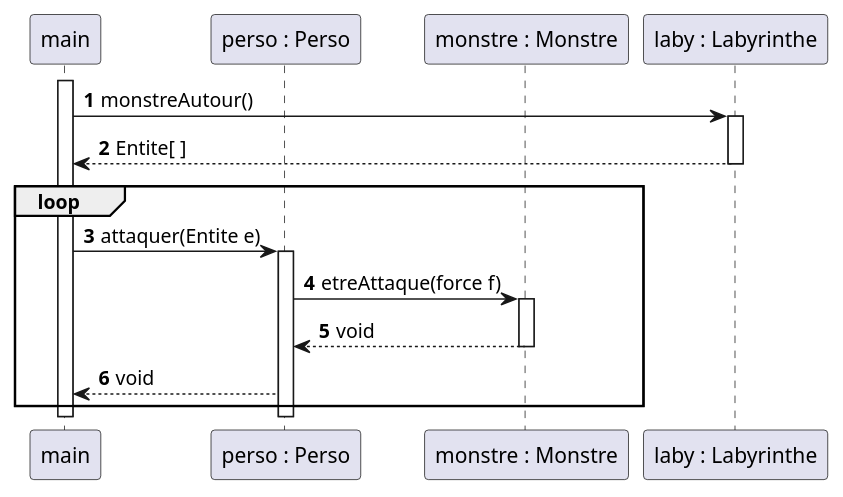
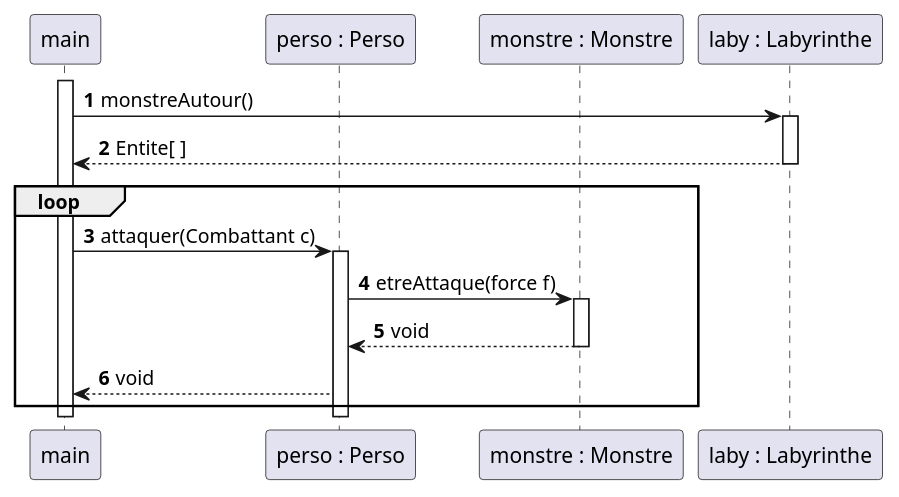
The diagram in zeldiablo/documents/version_3/diagseq_attaqueJoueur.puml (celie-ponroy/2023_S2.01_Zeldiablo_ponroy_roth_prykhodko_bortolotti), drawn with PlantUML before and after one commit. The commit also changed 4 other files, not shown here.

```diff
--- a/zeldiablo/documents/version_3/diagseq_attaqueJoueur.puml
+++ b/zeldiablo/documents/version_3/diagseq_attaqueJoueur.puml
@@ -1,32 +1,32 @@
 @startuml
 
 autonumber
 
 participant "main" as m
 participant "perso : Perso" as p
 participant "monstre : Monstre" as mon
 participant "laby : Labyrinthe" as l
 
 activate m
 
 m -> l : monstreAutour()
 activate l
 m <-- l : Entite[ ]
 deactivate l
 
 loop
-m -> p : attaquer(Entite e)
+m -> p : attaquer(Combattant c)
 
 activate p
 p -> mon : etreAttaque(force f)
 activate mon
 p <-- mon : void
 deactivate mon
 
 m <-- p : void
 end
 deactivate p
 
 deactivate m
 
 @enduml
```
